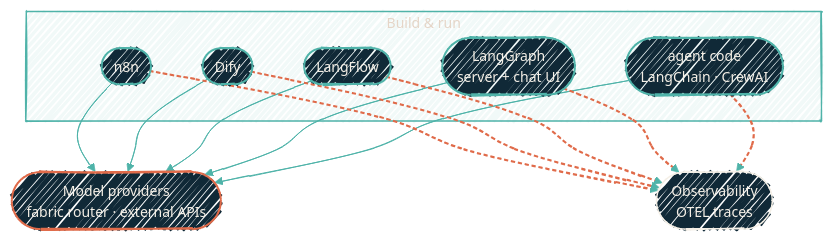
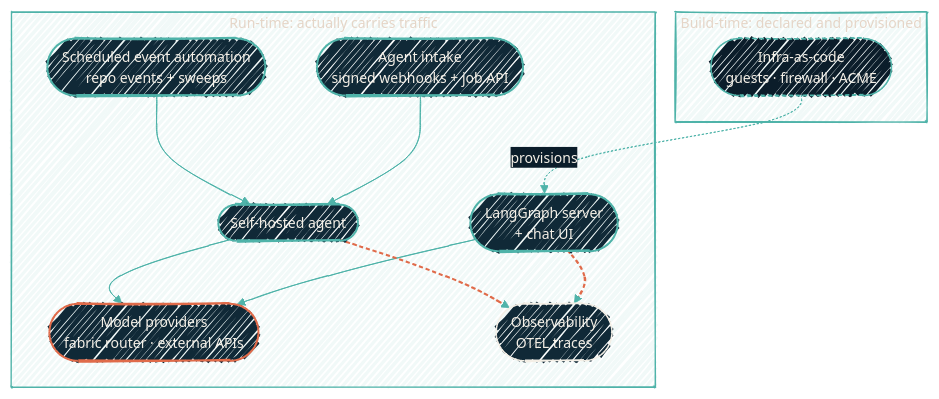
The diagram in ai-development/ai-orchestration-stack.mdx (dryvist/docs), drawn with Mermaid before and after one commit. The commit also changed other lines of this file and 78 other files, not shown here.

````diff
--- a/ai-development/ai-orchestration-stack.mdx
+++ b/ai-development/ai-orchestration-stack.mdx
@@ -50,35 +39,37 @@
 ```mermaid
 %%{init:
   {'theme':'base','look':'handDrawn','themeVariables':{'fontFamily':'Geist','fontSize':'14px','primaryColor':'#102937','primaryTextColor':'#F4EFE6','primaryBorderColor':'#4FB3A9','lineColor':'#4FB3A9','secondaryColor':'#0B1D2A','tertiaryColor':'#1A2A38','clusterBkg':'rgba(79,179,169,0.08)','clusterBorder':'#4FB3A9'}}}%%
   flowchart TB
-  subgraph build [Build & run]
-  N8N([n8n])
-  DIFY([Dify])
-  LF([LangFlow])
-  LG([LangGraph<br/>server + chat UI])
-  AX([agent code<br/>LangChain · CrewAI])
+  subgraph buildtime [Build-time: declared and provisioned]
+  IAC([Infra-as-code<br/>guests · firewall · ACME])
   end
+  subgraph runtime [Run-time: actually carries traffic]
+  EVT([Scheduled event automation<br/>repo events + sweeps])
+  INTAKE([Agent intake<br/>signed webhooks + job API])
+  AGENT([Self-hosted agent])
+  LG([LangGraph server<br/>+ chat UI])
   MODELS([Model providers<br/>fabric router · external APIs])
   OBS([Observability<br/>OTEL traces])
+  end
 
-  N8N --> MODELS
-  DIFY --> MODELS
-  LF --> MODELS
+  IAC -.provisions.-> LG
+
+  EVT --> AGENT
+  INTAKE --> AGENT
+  AGENT --> MODELS
   LG --> MODELS
-  AX --> MODELS
-  N8N -.-> OBS
-  DIFY -.-> OBS
-  LF -.-> OBS
+  AGENT -.-> OBS
   LG -.-> OBS
-  AX -.-> OBS
 
   classDef svc fill:#102937,stroke:#4FB3A9,stroke-width:2px,color:#F4EFE6;
   classDef core fill:#102937,stroke:#E06B4A,stroke-width:2px,color:#F4EFE6;
   classDef obs fill:#102937,stroke:#F4EFE6,stroke-width:1.5px,color:#F4EFE6;
+  classDef build fill:#0B1D2A,stroke:#4FB3A9,stroke-width:1.5px,color:#F4EFE6,stroke-dasharray: 4 3;
 
-  class N8N,DIFY,LF,LG,AX svc
+  class EVT,INTAKE,AGENT,LG svc
   class MODELS core
   class OBS obs
+  class IAC build
 
-  linkStyle 5,6,7,8,9 stroke:#E06B4A,stroke-width:2px,stroke-dasharray:4 3;
+  linkStyle 5,6 stroke:#E06B4A,stroke-width:2px,stroke-dasharray:4 3;
 ```
````
